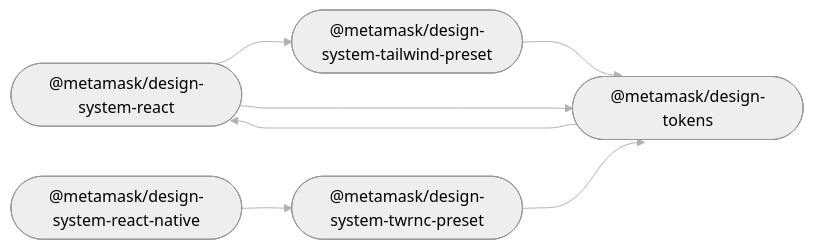
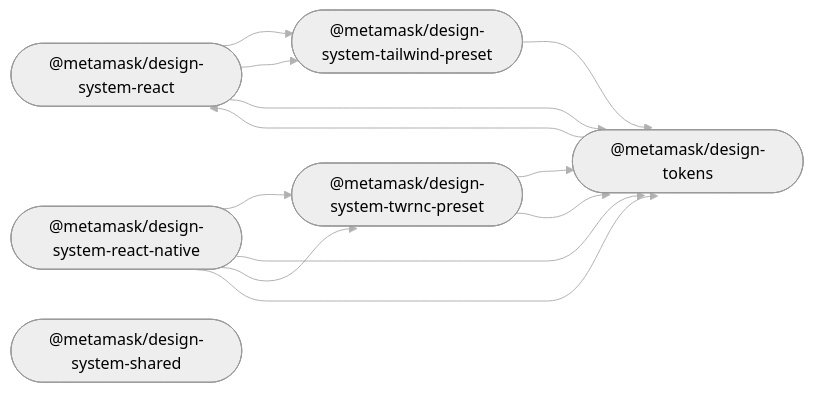
One commit to MetaMask/metamask-design-system changed the diagram in README.md. Above: the diagram before and after it, drawn with Mermaid (neutral theme). The commit also changed other lines of this file and 13 other files, not shown here.

Commit message:
feat: adding design system shared package boiler plate

````diff
--- a/README.md
+++ b/README.md
@@ -23,16 +24,22 @@
 ```mermaid
 %%{ init: { 'flowchart': { 'curve': 'bumpX' } } }%%
 graph LR;
 linkStyle default opacity:0.5
   design_system_react(["@metamask/design-system-react"]);
   design_system_react_native(["@metamask/design-system-react-native"]);
+  design_system_shared(["@metamask/design-system-shared"]);
   design_system_tailwind_preset(["@metamask/design-system-tailwind-preset"]);
   design_system_twrnc_preset(["@metamask/design-system-twrnc-preset"]);
   design_tokens(["@metamask/design-tokens"]);
   design_system_react --> design_system_tailwind_preset;
+  design_system_react --> design_system_tailwind_preset;
   design_system_react --> design_tokens;
   design_system_react_native --> design_system_twrnc_preset;
+  design_system_react_native --> design_tokens;
+  design_system_react_native --> design_system_twrnc_preset;
+  design_system_react_native --> design_tokens;
   design_system_tailwind_preset --> design_tokens;
+  design_system_twrnc_preset --> design_tokens;
   design_system_twrnc_preset --> design_tokens;
   design_tokens --> design_system_react;
 ```
````
